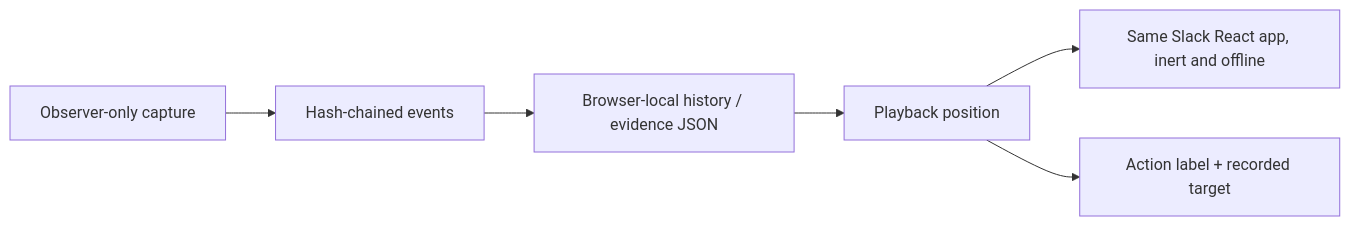
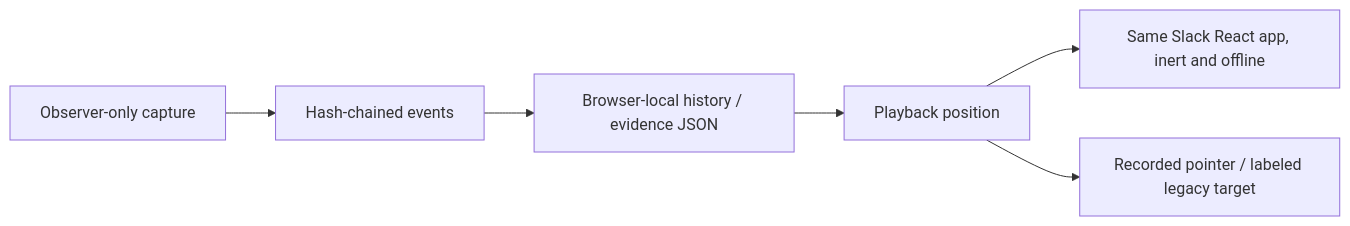
Before and after one commit to Kevin-Liu-01/Relay: the diagram in docs/replay-and-arena.md, drawn with Mermaid. The commit also changed other lines of this file and 101 other files, not shown here.

````diff
--- a/docs/replay-and-arena.md
+++ b/docs/replay-and-arena.md
@@ -25,8 +28,8 @@
 ```mermaid
 flowchart LR
   O[Observer-only capture] --> H[Hash-chained events]
   H --> I[Browser-local history / evidence JSON]
   I --> P[Playback position]
   P --> R[Same Slack React app, inert and offline]
-  P --> C[Action label + recorded target]
+  P --> C[Recorded pointer / labeled legacy target]
 ```
````
